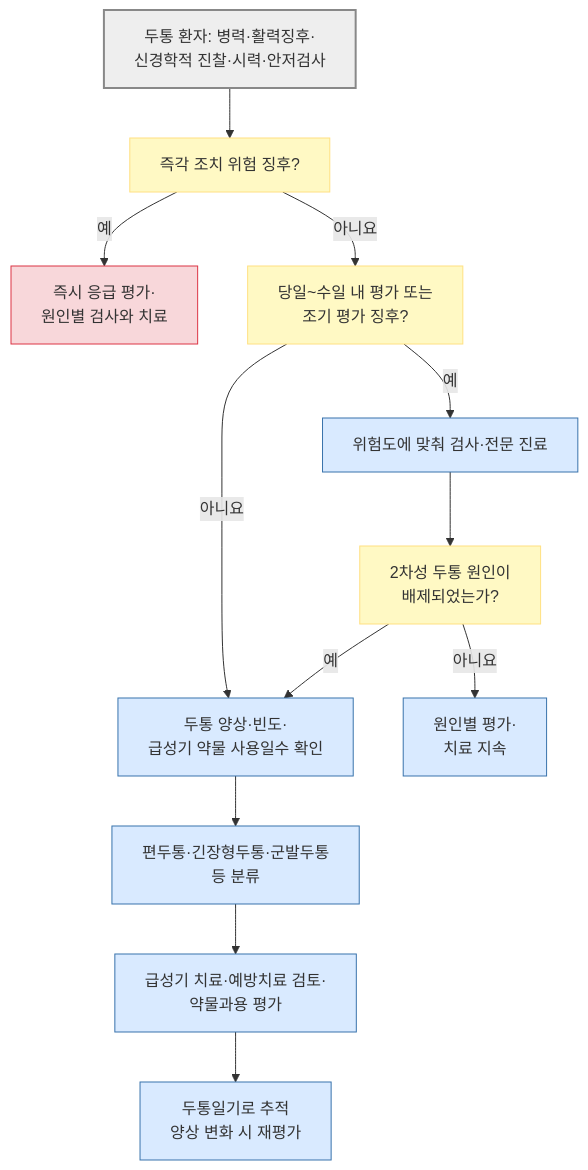
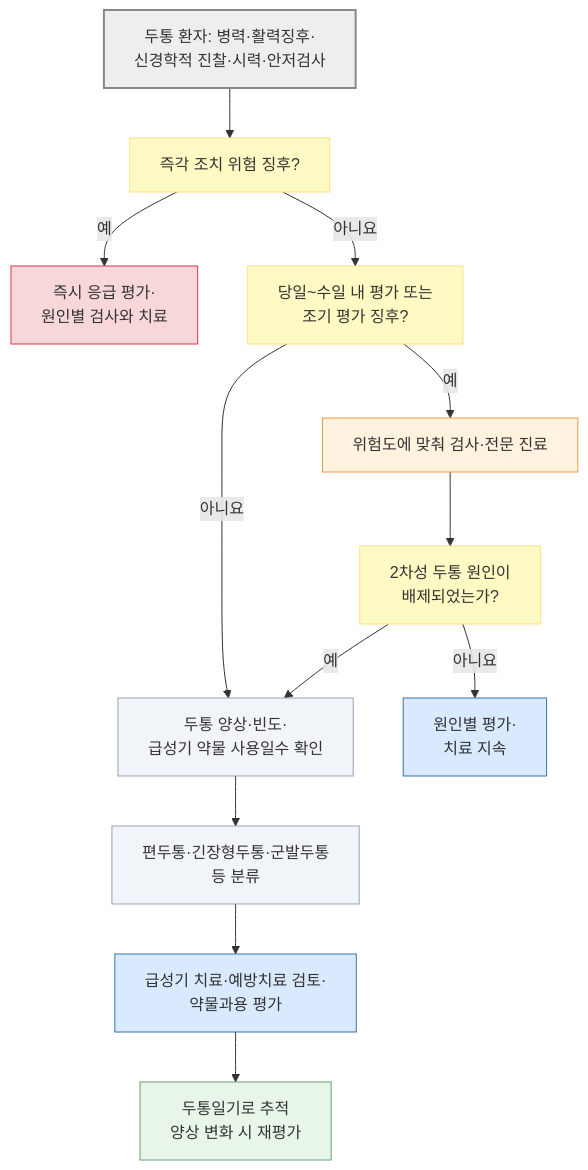
The diagram in 221_/015_-headache.md (familyoh77/familyoh77), drawn with Mermaid before and after one commit. The commit also changed other lines of this file and 4 other files, not shown here.

````diff
--- a/221_/015_-headache.md
+++ b/221_/015_-headache.md
@@ -229,22 +229,29 @@
 ```mermaid
 flowchart TD
     A["두통 환자: 병력·활력징후·<br/>신경학적 진찰·시력·안저검사"] --> B["즉각 조치 위험 징후?"]
     B -- "예" --> C["즉시 응급 평가·<br/>원인별 검사와 치료"]
     B -- "아니요" --> D["당일~수일 내 평가 또는 <br/>조기 평가 징후?"]
     D -- "예" --> E["위험도에 맞춰 검사·전문 진료"]
     D -- "아니요" --> F["두통 양상·빈도·<br/>급성기 약물 사용일수 확인"]
     E --> G["2차성 두통 원인이 <br/>배제되었는가?"]
     G -- "아니요" --> H["원인별 평가·<br/>치료 지속"]
     G -- "예" --> F
     F --> I["편두통·긴장형두통·군발두통 <br/>등 분류"]
     I --> J["급성기 치료·예방치료 검토·<br/>약물과용 평가"]
     J --> K["두통일기로 추적<br/>양상 변화 시 재평가"]
-    classDef start fill:#eeeeee,stroke:#888888,stroke-width:2px;
-    classDef decision fill:#fff9c4,stroke:#ffe082;
-    classDef emergency fill:#f8d7da,stroke:#dc3545;
-    classDef care fill:#d9eaff,stroke:#3973ac;
-    class A start;
-    class B,D,G decision;
-    class C emergency;
-    class E,F,H,I,J,K care;
+
+classDef start fill:#eeeeee,stroke:#888888,stroke-width:2px;
+classDef decision fill:#fff9c4,stroke:#ffe082;
+classDef emergency fill:#f8d7da,stroke:#dc3545;
+classDef priority fill:#fff3e0,stroke:#e99b45;
+classDef assessment fill:#f1f5f9,stroke:#94a3b8;
+classDef care fill:#d9eaff,stroke:#3973ac;
+classDef followup fill:#e8f5e9,stroke:#66a36f;
+class A start;
+class B,D,G decision;
+class C emergency;
+class E priority;
+class F,I assessment;
+class H,J care;
+class K followup;
 ```
````
